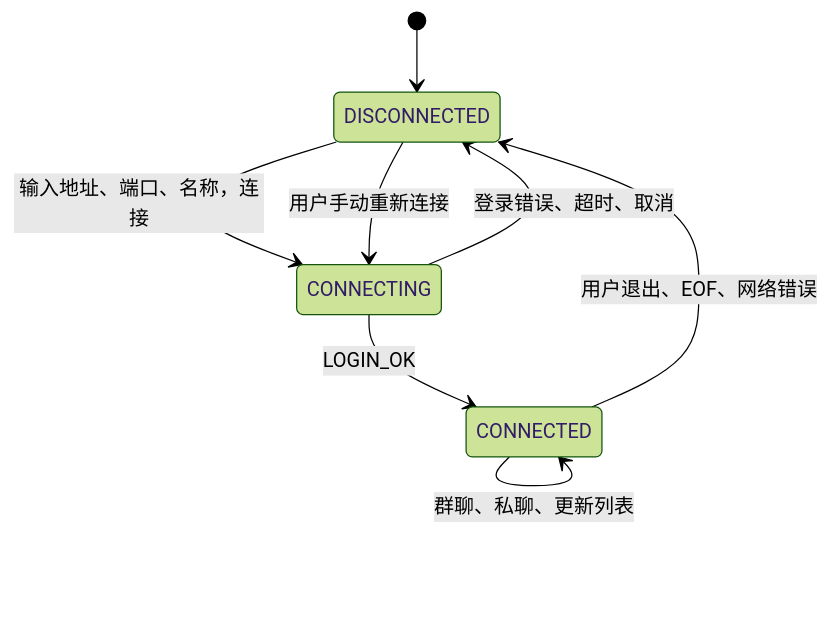
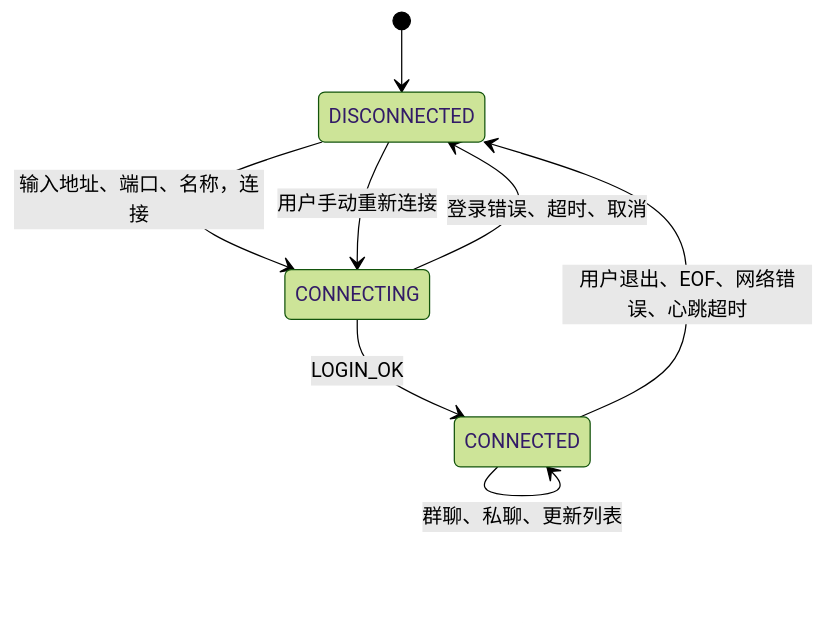
Before and after one commit to ouwayi/LTalk: the diagram in docs/requirements.md, drawn with Mermaid (forest theme). The commit also changed other lines of this file and 16 other files, not shown here.

````diff
--- a/docs/requirements.md
+++ b/docs/requirements.md
@@ -22,10 +23,10 @@
 ```mermaid
 stateDiagram-v2
     [*] --> DISCONNECTED
     DISCONNECTED --> CONNECTING: 输入地址、端口、名称，连接
     CONNECTING --> CONNECTED: LOGIN_OK
     CONNECTING --> DISCONNECTED: 登录错误、超时、取消
     CONNECTED --> CONNECTED: 群聊、私聊、更新列表
-    CONNECTED --> DISCONNECTED: 用户退出、EOF、网络错误
+    CONNECTED --> DISCONNECTED: 用户退出、EOF、网络错误、心跳超时
     DISCONNECTED --> CONNECTING: 用户手动重新连接
 ```
````
